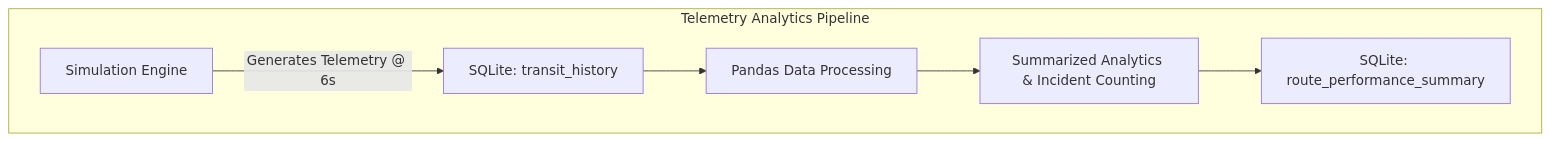
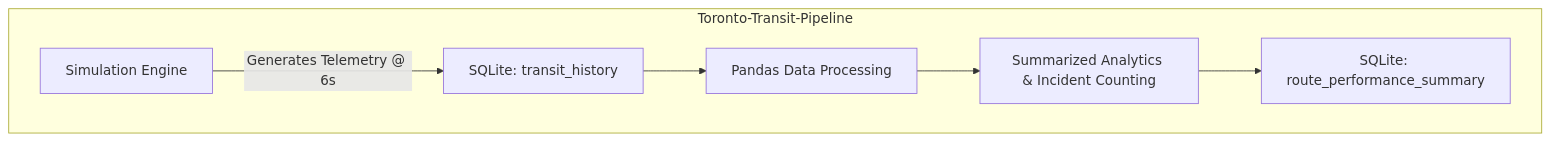
One commit to aiman6ix/toronto-transit-pipeline changed the diagram in README.md. Above: the diagram before and after it, drawn with Mermaid.

````diff
--- a/README.md
+++ b/README.md
@@ -13,10 +13,10 @@
 ```mermaid
 graph LR
-    subgraph Pipeline [Telemetry Analytics Pipeline]
+    subgraph Pipeline [Toronto-Transit-Pipeline]
         direction LR
         A[Simulation Engine] --> |Generates Telemetry @ 6s| B[SQLite: transit_history];
         B --> C[Pandas Data Processing];
         C --> D[Summarized Analytics & Incident Counting];
         D --> E[SQLite: route_performance_summary];
     end
 ```
````
